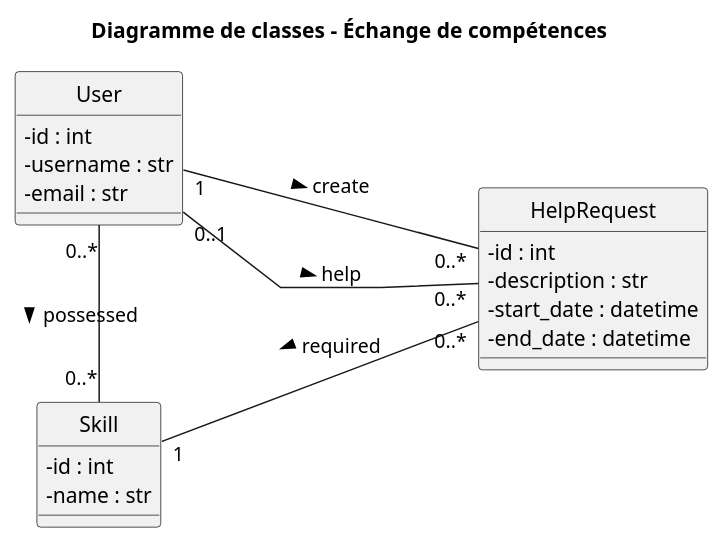
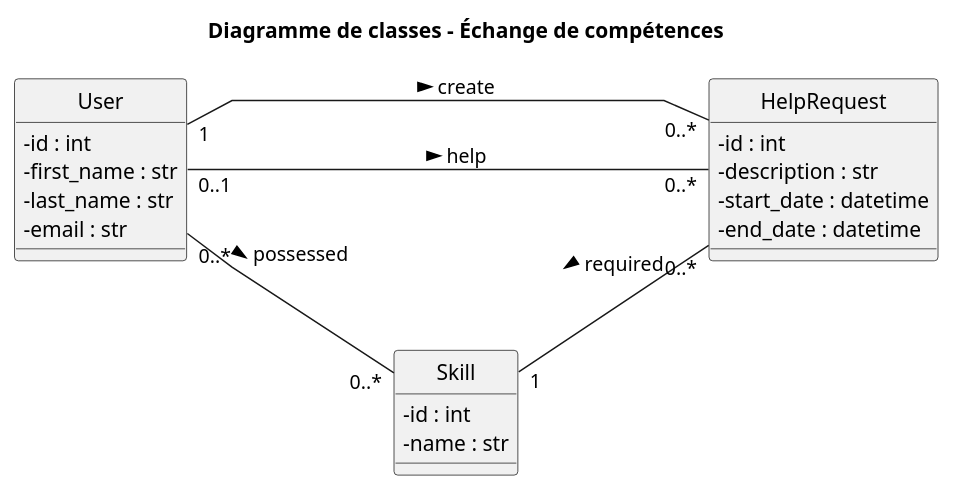
The diagram in UML/class_diagram.puml (ArnaudD-fms/Eval_web_python), drawn with PlantUML before and after one commit. The commit also changed 1 other file, not shown here.

Commit message:
Correction des attributs pour le nom et prénom de l'utilisateur dans le diagramme de classe

```diff
--- a/UML/class_diagram.puml
+++ b/UML/class_diagram.puml
@@ -2,43 +2,44 @@
 @startuml
 title Diagramme de classes - Échange de compétences
 
 left to right direction
 
 skinparam classAttributeIconSize 0
 skinparam linetype polyline
-skinparam nodesep 100
-skinparam ranksep 130
+skinparam nodesep 60
+skinparam ranksep 60
 
 hide circle
 
 class User {
   - id : int
-  - username : str
+  - first_name : str
+  - last_name : str
   - email : str
 }
 
 class Skill {
   - id : int
   - name : str
 }
 
 class HelpRequest {
   - id : int
   - description : str
   - start_date : datetime
   - end_date : datetime
 }
 
 ' Création d'une demande
-User "1" -down- "0..*" HelpRequest : create >
+User "1" -right- "0..*" HelpRequest : create >
 
 ' Proposition d'aide
-User "0..1" -- "0..*" HelpRequest : help >
+User "0..1" -right- "0..*" HelpRequest : help >
 
 ' Compétences possédées
-User "0..*" -right- "0..*" Skill : possessed >
+User "0..*" -- "0..*" Skill : possessed >
 
 ' Compétence recherchée
 Skill "1" -down- "0..*" HelpRequest : required <
 
 @enduml
```
